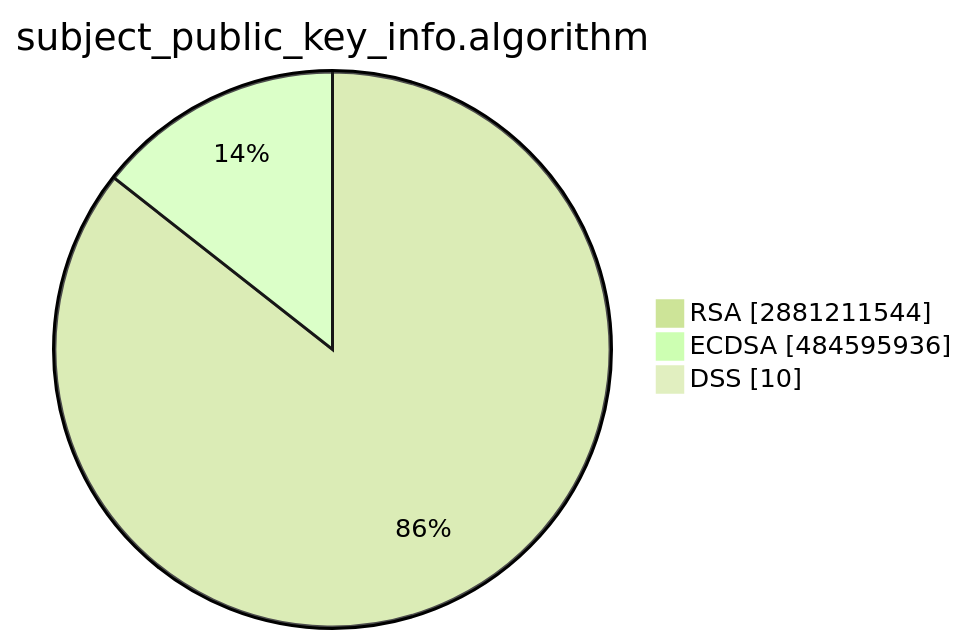
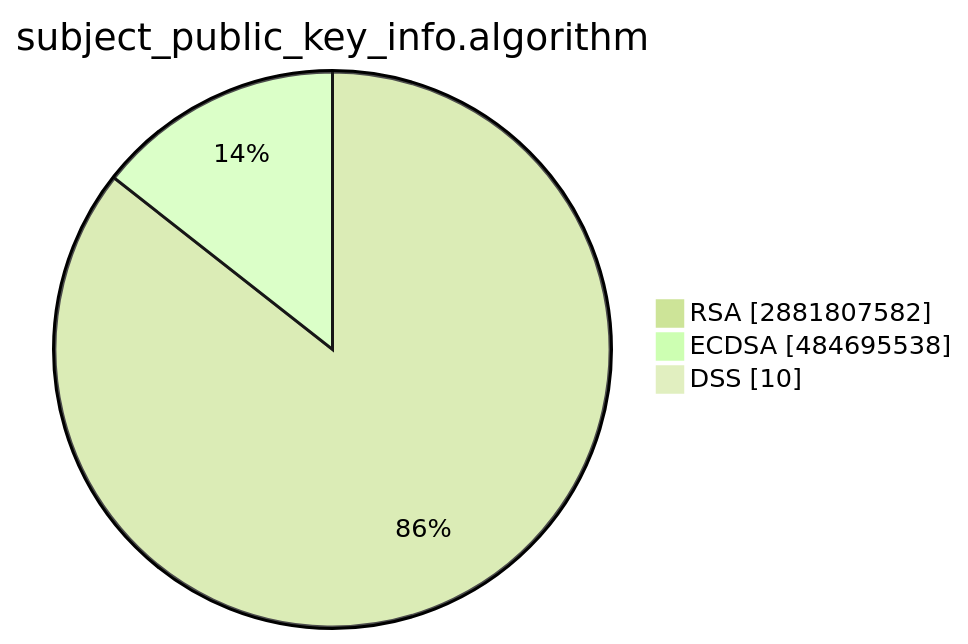
One commit to christiankrug/ctmonitor_visualization changed the second of 15 diagrams in TOTAL/README.md. Above: the diagram before and after it, drawn with Mermaid (forest theme). The commit also changed other lines of this file, not shown here.

````diff
--- a/TOTAL/README.md
+++ b/TOTAL/README.md
@@ -6,7 +6,7 @@
 ```mermaid
 pie showData
 title subject_public_key_info.algorithm
-"RSA" :2881211544
-"ECDSA" :484595936
+"RSA" :2881807582
+"ECDSA" :484695538
 "DSS" :10
 ```
````
